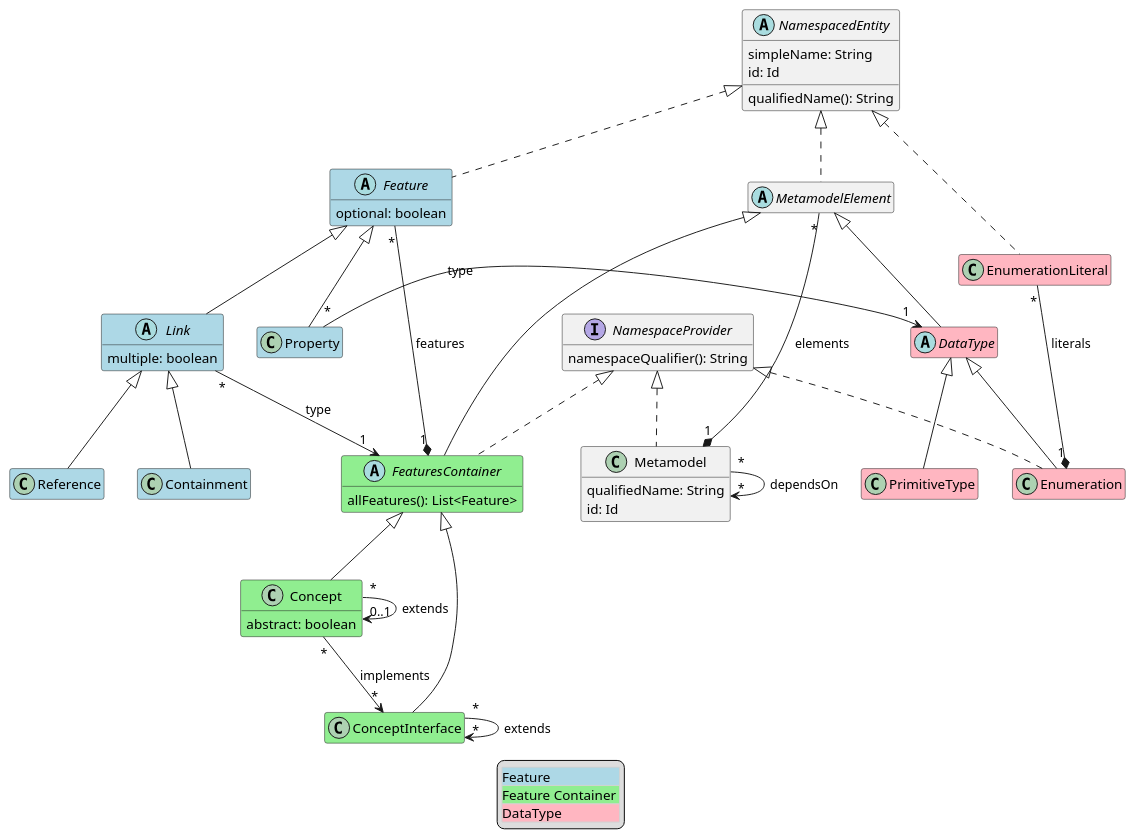
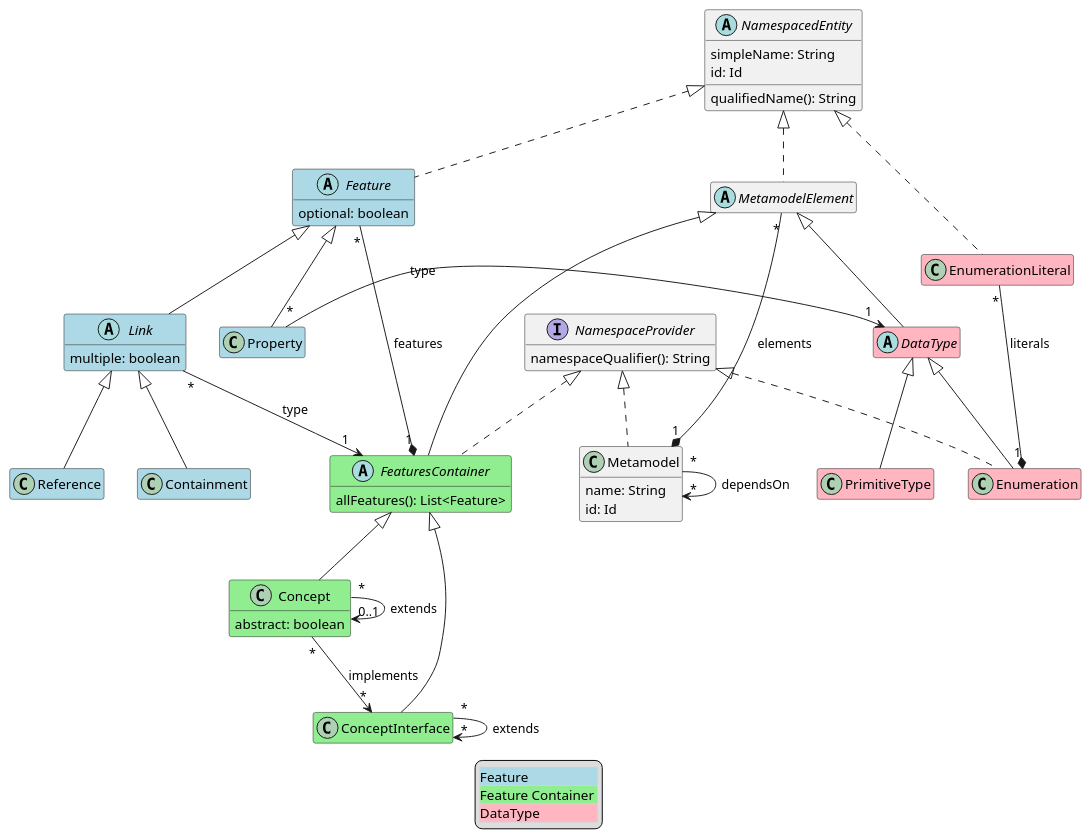
Before and after one commit to LionWeb-io/specification: the diagram in lioncore/metametamodel.puml, drawn with PlantUML.

Commit message:
renamed Metamodel.qualifiedName => .name (as per #77)

```diff
--- a/lioncore/metametamodel.puml
+++ b/lioncore/metametamodel.puml
@@ -1,76 +1,76 @@
 @startuml
 hide empty members
 
 class Concept #LightGreen extends FeaturesContainer {
   abstract: boolean
 }
 
 class ConceptInterface #LightGreen extends FeaturesContainer
 
 class Containment #LightBlue extends Link
 
 abstract class DataType #LightPink extends MetamodelElement
 
 class Enumeration #LightPink extends DataType implements NamespaceProvider
 
 class EnumerationLiteral #LightPink implements NamespacedEntity
 
 abstract class Feature #LightBlue implements NamespacedEntity {
   optional: boolean
 }
 
 abstract class FeaturesContainer #LightGreen extends MetamodelElement implements NamespaceProvider {
   allFeatures(): List<Feature>
 }
 
 abstract class Link #LightBlue extends Feature {
   multiple: boolean
 }
 
 class Metamodel implements NamespaceProvider {
-  qualifiedName: String
+  name: String
   id: Id
 }
 
 abstract class MetamodelElement implements NamespacedEntity
 
 abstract class NamespacedEntity {
   simpleName: String
   qualifiedName(): String
   id: Id
 }
 
 interface NamespaceProvider {
   namespaceQualifier(): String
 }
 
 class PrimitiveType #LightPink extends DataType
 
 class Property #LightBlue extends Feature
 
 class Reference #LightBlue extends Link
 
 ' relations:
 
 Concept "*" -> "0..1" Concept: extends
 Concept "*" --> "*" ConceptInterface: implements
 
 ConceptInterface "*" --> "*" ConceptInterface: extends
 
 EnumerationLiteral "*" -* "1" Enumeration : literals
 
 Feature "*" -* "1" FeaturesContainer: features
 
 Link "*" --> "1" FeaturesContainer: type
 
 Metamodel "*" --> "*" Metamodel: dependsOn
 MetamodelElement "*" -* "1" Metamodel: elements
 
 Property "*" -> "1" DataType: type
 
 legend
   <#LightGray,#LightGray>| <#LightBlue>Feature |
   | <#LightGreen>Feature Container |
   | <#LightPink>DataType |
 end legend
 @enduml
```
